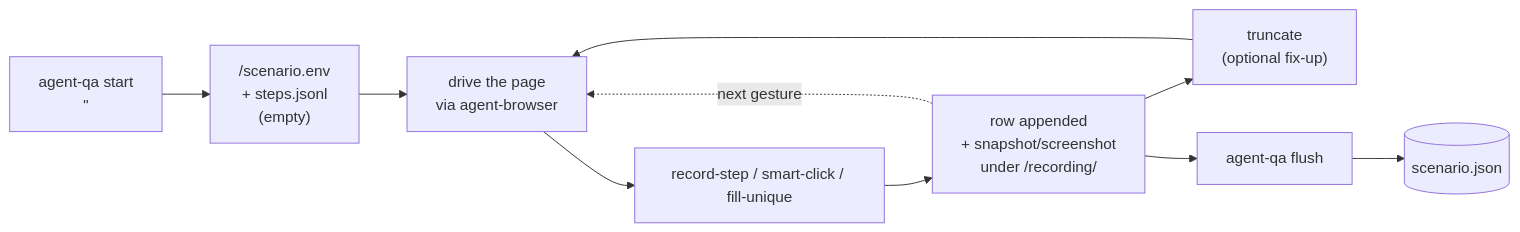
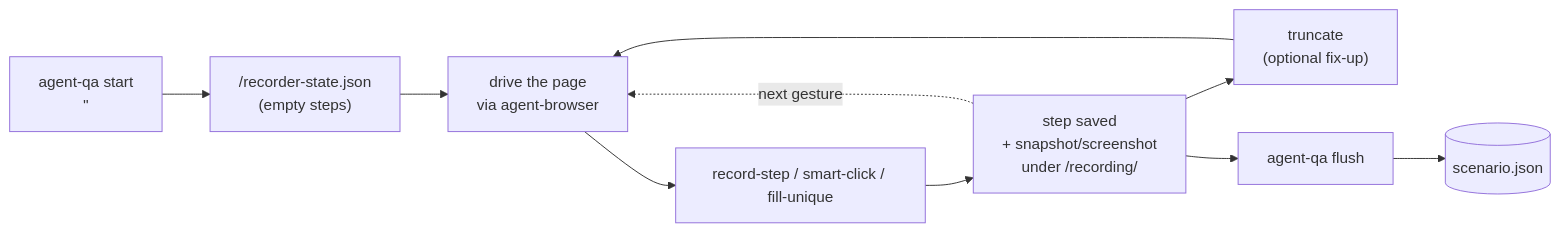
The third of 5 diagrams in docs/architecture.md (rasmusjosefsson/agent-qa), drawn with Mermaid before and after one commit. The commit also changed other lines of this file and 66 other files, not shown here.

First line of the commit message:
feat(recorder): persist replayable recording state (#65)

````diff
--- a/docs/architecture.md
+++ b/docs/architecture.md
@@ -92,12 +92,12 @@
 ```mermaid
 flowchart LR
-    Start["agent-qa start<br/>'<intent>'"] --> Buffer["<record_root>/scenario.env<br/>+ steps.jsonl<br/>(empty)"]
+    Start["agent-qa start<br/>'<intent>'"] --> Buffer["<record_root>/recorder-state.json<br/>(empty steps)"]
     Buffer --> Drive["drive the page<br/>via agent-browser"]
     Drive --> Step["record-step / smart-click / fill-unique"]
-    Step --> Sidecars["row appended<br/>+ snapshot/screenshot<br/>under <sid>/recording/"]
+    Step --> Sidecars["step saved<br/>+ snapshot/screenshot<br/>under <sid>/recording/"]
     Sidecars -.next gesture.-> Drive
     Sidecars --> Truncate["truncate <N><br/>(optional fix-up)"]
     Truncate --> Drive
     Sidecars --> Flush["agent-qa flush"]
     Flush --> Scenario[("scenario.json")]
 ```
````
